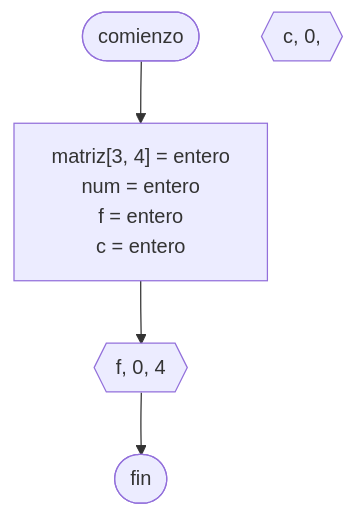
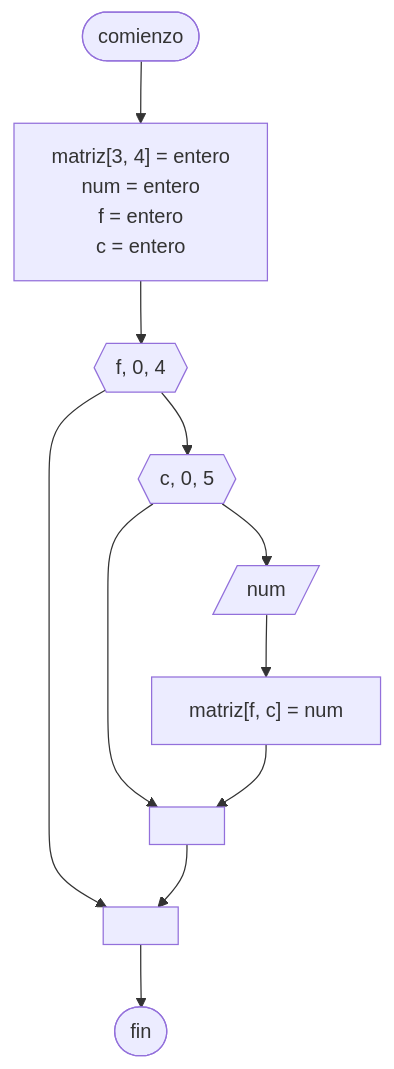
Before and after one commit to martinstanicio/ingenieria-en-sistemas: the second of 2 diagrams in Algoritmos y Estructuras de Datos/Vector multidimensional.md, drawn with Mermaid. The commit also changed other lines of this file and 2 other files, not shown here.

````diff
--- a/Algoritmos y Estructuras de Datos/Vector multidimensional.md
+++ b/Algoritmos y Estructuras de Datos/Vector multidimensional.md
@@ -51,20 +60,28 @@
 ```mermaid
 flowchart TB
 	comienzo([comienzo])
     
 	declaracion["`matriz[3, 4] = entero
 	num = entero
 	f = entero
 	c = entero`"]
 	declaracion["`matriz[3, 4] = entero
 	num = entero
 	f = entero
 	c = entero`"]
 	
 	for1{{"f, 0, 4"}}
-	for2{{"c, 0, "}}
+	for2{{"c, 0, 5"}}
+	input[/"num"/]
+	elem["matriz[f, c] = num"]
         
 	fin([fin])
+	
+	a[" "]
+	b[" "]
     
-	comienzo --> declaracion --> for1 --> fin
+	comienzo --> declaracion --> for1 --> for2 --> input --> elem
+	for1 --> a
+	for2 --> b
+	elem --> b --> a --> fin
 ```
````
